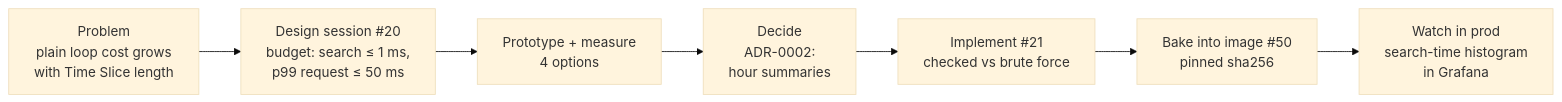
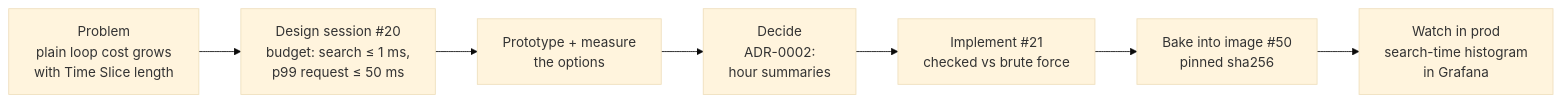
The diagram in docs/best-trade-alternatives/README.md (stefan-stefanooov/simple-stock-history), drawn with Mermaid (base theme) before and after one commit. The commit also changed other lines of this file and 3 other files, not shown here.

````diff
--- a/docs/best-trade-alternatives/README.md
+++ b/docs/best-trade-alternatives/README.md
@@ -7,9 +7,9 @@
 ```mermaid
 flowchart LR
   A["Problem<br/>plain loop cost grows<br/>with Time Slice length"] --> B["Design session #20<br/>budget: search ≤ 1 ms,<br/>p99 request ≤ 50 ms"]
-  B --> C["Prototype + measure<br/>4 options"]
+  B --> C["Prototype + measure<br/>the options"]
   C --> D["Decide<br/>ADR-0002:<br/>hour summaries"]
   D --> E["Implement #21<br/>checked vs brute force"]
   E --> F["Bake into image #50<br/>pinned sha256"]
   F --> G["Watch in prod<br/>search-time histogram<br/>in Grafana"]
 ```
````
